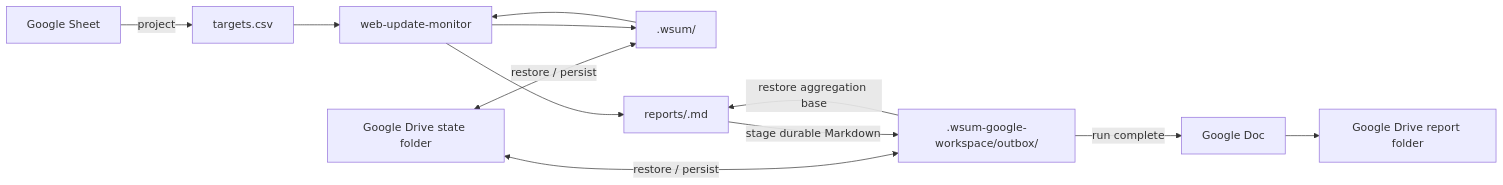
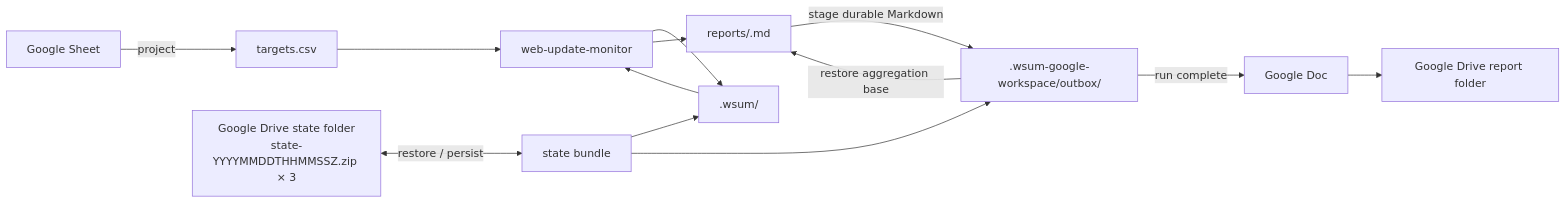
One commit to dceoy/wsum changed the diagram in skills/web-update-monitor-gws/SKILL.md. Above: the diagram before and after it, drawn with Mermaid. The commit also changed other lines of this file and 1 other file, not shown here.

First line of the commit message:
Use timestamped three-generation ZIP state for Google Workspace (#50)

````diff
--- a/skills/web-update-monitor-gws/SKILL.md
+++ b/skills/web-update-monitor-gws/SKILL.md
@@ -16,14 +16,15 @@
 ```mermaid
 flowchart LR
     GS["Google Sheet"] -->|project| CSV["targets.csv"]
-    DS["Google Drive state folder"] <-->|restore / persist| STATE[".wsum/"]
-    DS <-->|restore / persist| OUT[".wsum-google-workspace/outbox/"]
+    DS["Google Drive state folder<br/>state-YYYYMMDDTHHMMSSZ.zip × 3"] <-->|restore / persist| BUNDLE["state bundle"]
+    BUNDLE --> STATE[".wsum/"]
+    BUNDLE --> OUT[".wsum-google-workspace/outbox/"]
     CSV --> CORE["web-update-monitor"]
     STATE --> CORE
     CORE --> STATE
     CORE --> REPORT["reports/<run-id>.md"]
     OUT -->|restore aggregation base| REPORT
     REPORT -->|stage durable Markdown| OUT
     OUT -->|run complete| GDOC["Google Doc"]
     GDOC --> DR["Google Drive report folder"]
 ```
````
